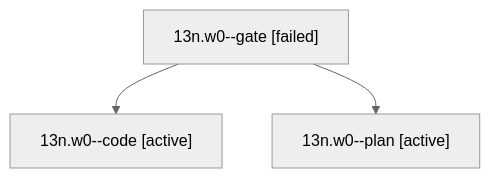
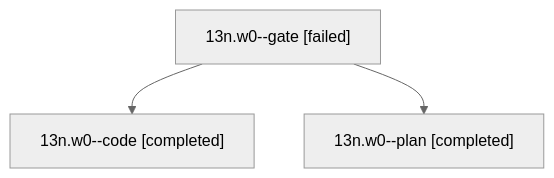
The diagram in sessions/bbugyi200.athena.13n.w0.md (bobs-org/bob-cli--agents), drawn with Mermaid (neutral theme) before and after one commit. The commit also changed other lines of this file and 19 other files, not shown here.

````diff
--- a/sessions/bbugyi200.athena.13n.w0.md
+++ b/sessions/bbugyi200.athena.13n.w0.md
@@ -9,8 +9,8 @@
 ```mermaid
 flowchart TD
   n0["13n.w0--gate [failed]"]
-  n1["13n.w0--code [active]"]
+  n1["13n.w0--code [completed]"]
   n0 --> n1
-  n2["13n.w0--plan [active]"]
+  n2["13n.w0--plan [completed]"]
   n0 --> n2
 ```
````
